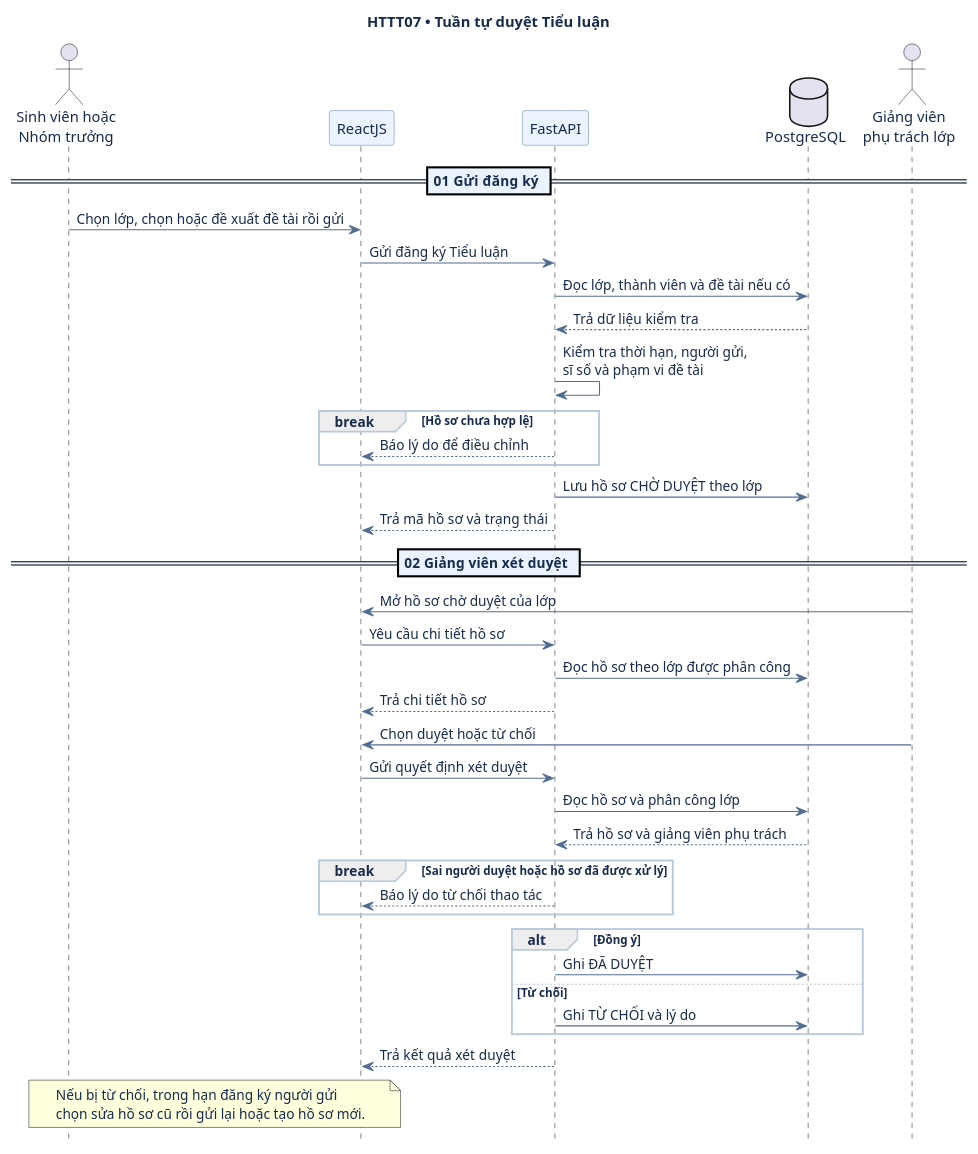
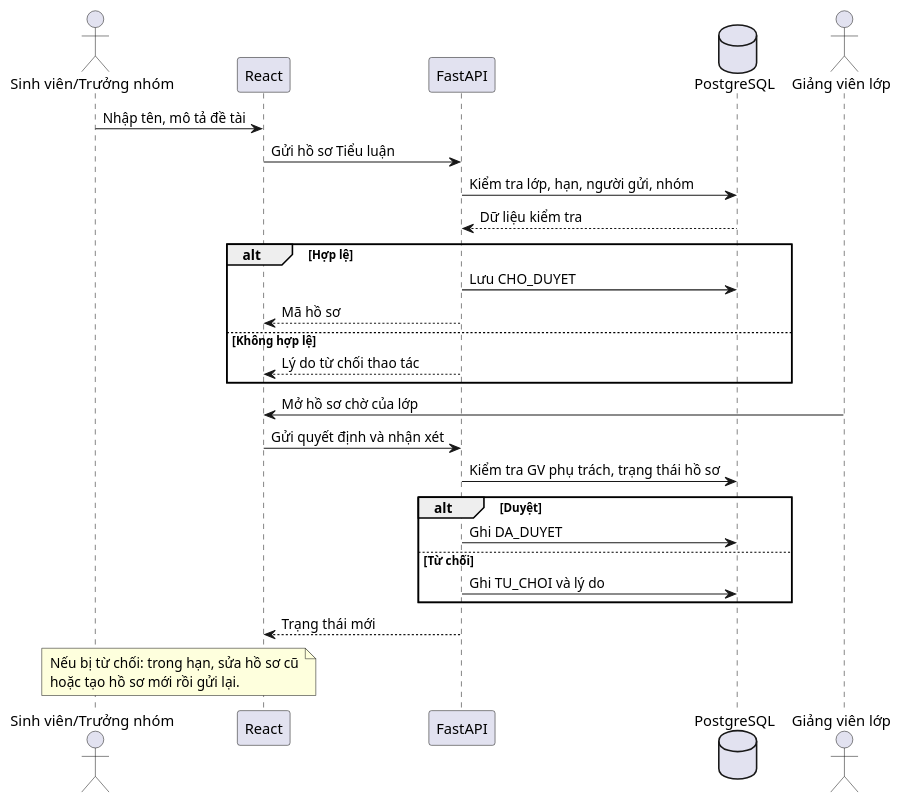
The third of 6 diagrams in 02-so-do-uml.md (lam-vu6868/HTQL_TieuLuan_DoAN), drawn with PlantUML before and after one commit. The commit also changed other lines of this file and 40 other files, not shown here.

````diff
--- a/02-so-do-uml.md
+++ b/02-so-do-uml.md
@@ -216,52 +114,29 @@
 ```plantuml
 @startuml
-title HTTT07 • Tuần tự duyệt Tiểu luận
-hide footbox
-skinparam shadowing false
-skinparam DefaultFontName SansSerif
-skinparam defaultFontColor #172B4D
-skinparam ArrowColor #526C91
-skinparam ParticipantBackgroundColor #EAF3FF
-skinparam ParticipantBorderColor #6586AB
-skinparam SequenceDividerBackgroundColor #EAF3FF
-skinparam SequenceGroupBorderColor #B7C9DD
-
-actor "Sinh viên hoặc\nNhóm trưởng" as SV
-participant "ReactJS" as UI
+actor "Sinh viên/Trưởng nhóm" as SV
+participant "React" as FE
 participant "FastAPI" as API
 database "PostgreSQL" as DB
-actor "Giảng viên\nphụ trách lớp" as GV
-
-== 01  Gửi đăng ký ==
-SV -> UI: Chọn lớp, chọn hoặc đề xuất đề tài rồi gửi
-UI -> API: Gửi đăng ký Tiểu luận
-API -> DB: Đọc lớp, thành viên và đề tài nếu có
-DB --> API: Trả dữ liệu kiểm tra
-API -> API: Kiểm tra thời hạn, người gửi,\nsĩ số và phạm vi đề tài
-break Hồ sơ chưa hợp lệ
-  API --> UI: Báo lý do để điều chỉnh
+actor "Giảng viên lớp" as GV
+SV -> FE: Nhập tên, mô tả đề tài
+FE -> API: Gửi hồ sơ Tiểu luận
+API -> DB: Kiểm tra lớp, hạn, người gửi, nhóm
+DB --> API: Dữ liệu kiểm tra
+alt Hợp lệ
+  API -> DB: Lưu CHO_DUYET
+  API --> FE: Mã hồ sơ
+else Không hợp lệ
+  API --> FE: Lý do từ chối thao tác
 end
-API -> DB: Lưu hồ sơ CHỜ DUYỆT theo lớp
-API --> UI: Trả mã hồ sơ và trạng thái
-
-== 02  Giảng viên xét duyệt ==
-GV -> UI: Mở hồ sơ chờ duyệt của lớp
-UI -> API: Yêu cầu chi tiết hồ sơ
-API -> DB: Đọc hồ sơ theo lớp được phân công
-API --> UI: Trả chi tiết hồ sơ
-GV -> UI: Chọn duyệt hoặc từ chối
-UI -> API: Gửi quyết định xét duyệt
-API -> DB: Đọc hồ sơ và phân công lớp
-DB --> API: Trả hồ sơ và giảng viên phụ trách
-break Sai người duyệt hoặc hồ sơ đã được xử lý
-  API --> UI: Báo lý do từ chối thao tác
+GV -> FE: Mở hồ sơ chờ của lớp
+FE -> API: Gửi quyết định và nhận xét
+API -> DB: Kiểm tra GV phụ trách, trạng thái hồ sơ
+alt Duyệt
+  API -> DB: Ghi DA_DUYET
+else Từ chối
+  API -> DB: Ghi TU_CHOI và lý do
 end
-alt Đồng ý
-  API -> DB: Ghi ĐÃ DUYỆT
-else Từ chối
-  API -> DB: Ghi TỪ CHỐI và lý do
-end
-API --> UI: Trả kết quả xét duyệt
-note over SV,UI: Nếu bị từ chối, trong hạn đăng ký người gửi\nchọn sửa hồ sơ cũ rồi gửi lại hoặc tạo hồ sơ mới.
+API --> FE: Trạng thái mới
+note over SV,FE: Nếu bị từ chối: trong hạn, sửa hồ sơ cũ\nhoặc tạo hồ sơ mới rồi gửi lại.
 @enduml
 ```
````
